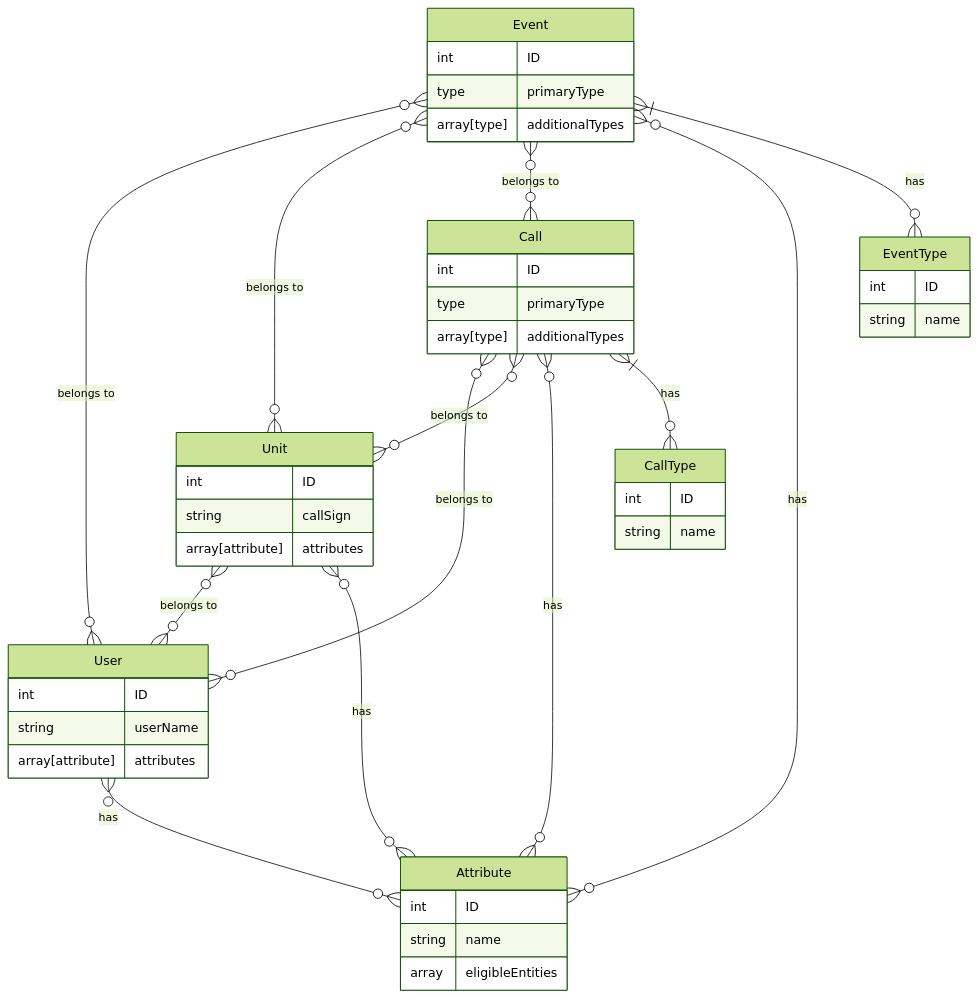
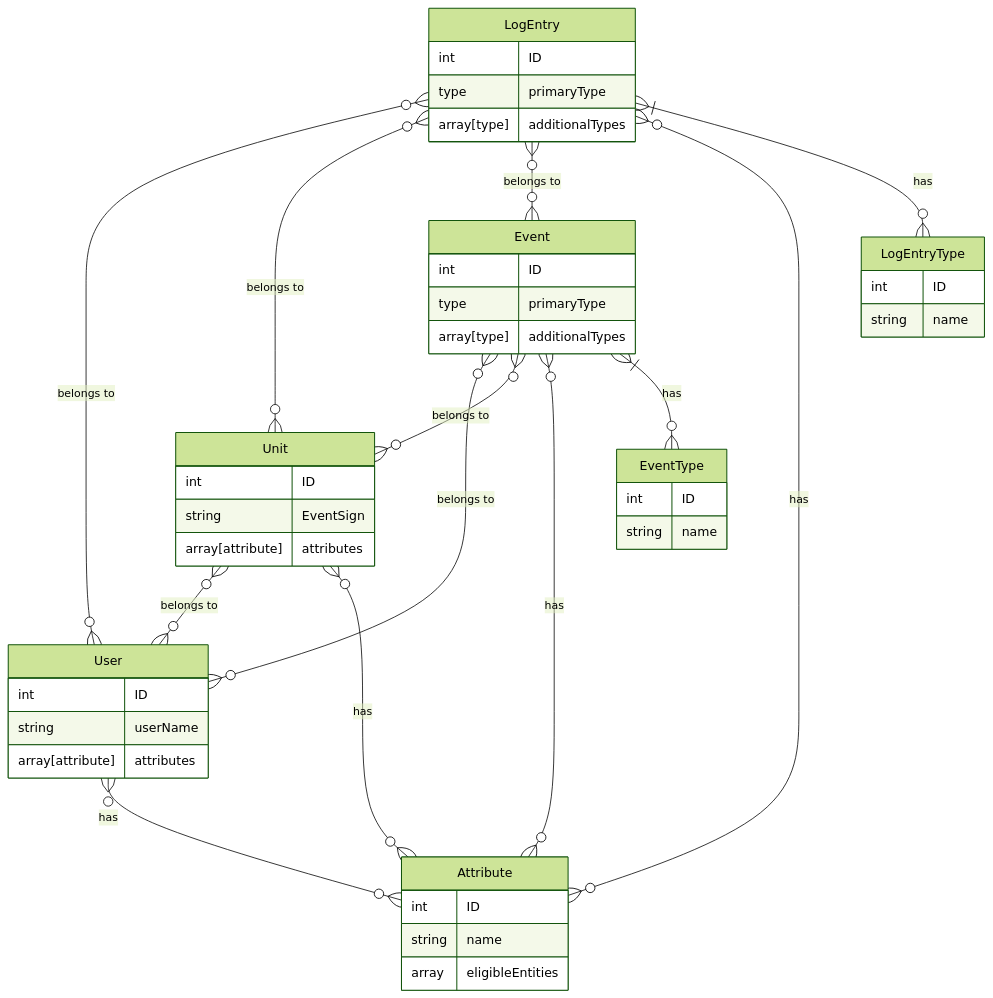
The diagram in DispatchSystemBackend/Entity Diagram.md (memtech3/dispatchSystem), drawn with Mermaid (forest theme) before and after one commit. The commit also changed 6 other files, not shown here.

````diff
--- a/DispatchSystemBackend/Entity Diagram.md
+++ b/DispatchSystemBackend/Entity Diagram.md
@@ -1,72 +1,72 @@
 ```mermaid
     erDiagram
     
     %% Definitions for all entities
 
     Unit {
         int ID
-        string callSign
+        string EventSign
         array[attribute] attributes
         %% attributes could be type of unit, rank/permissions, etc...
     }
     
-    Event {
+    LogEntry {
         int ID
         type primaryType
         array[type] additionalTypes
     }
         
-    Call {
+    Event {
         int ID
         type primaryType
         array[type] additionalTypes
     }
     
     User {
         int ID
         string userName
         array[attribute] attributes
     }
 
     Attribute {
         int ID
         string name
         array eligibleEntities
         %% entities this attribute can be assigned to
     }
 
-    CallType {
+    EventType {
         int ID
         string name
     }
 
-    EventType {
+    LogEntryType {
         int ID
         string name
     }
 
     %% Entity relationships
 
     Unit }o--o{ User: "belongs to"
 
+    LogEntry }o--o{ User: "belongs to"
+    LogEntry }o--o{ Unit: "belongs to"
+
+
     Event }o--o{ User: "belongs to"
     Event }o--o{ Unit: "belongs to"
 
-
-    Call }o--o{ User: "belongs to"
-    Call }o--o{ Unit: "belongs to"
-
-    Event }o--o{ Call: "belongs to"
+    LogEntry }o--o{ Event: "belongs to"
 
     Unit }o--o{ Attribute: "has"
     User }o--o{ Attribute: "has"
+    LogEntry }o--o{ Attribute: "has"
     Event }o--o{ Attribute: "has"
-    Call }o--o{ Attribute: "has"
 
-    Call }|--o{ CallType: "has"
     Event }|--o{ EventType: "has"
+    LogEntry }|--o{ LogEntryType: "has"
 
 
 
 
 ```
````
